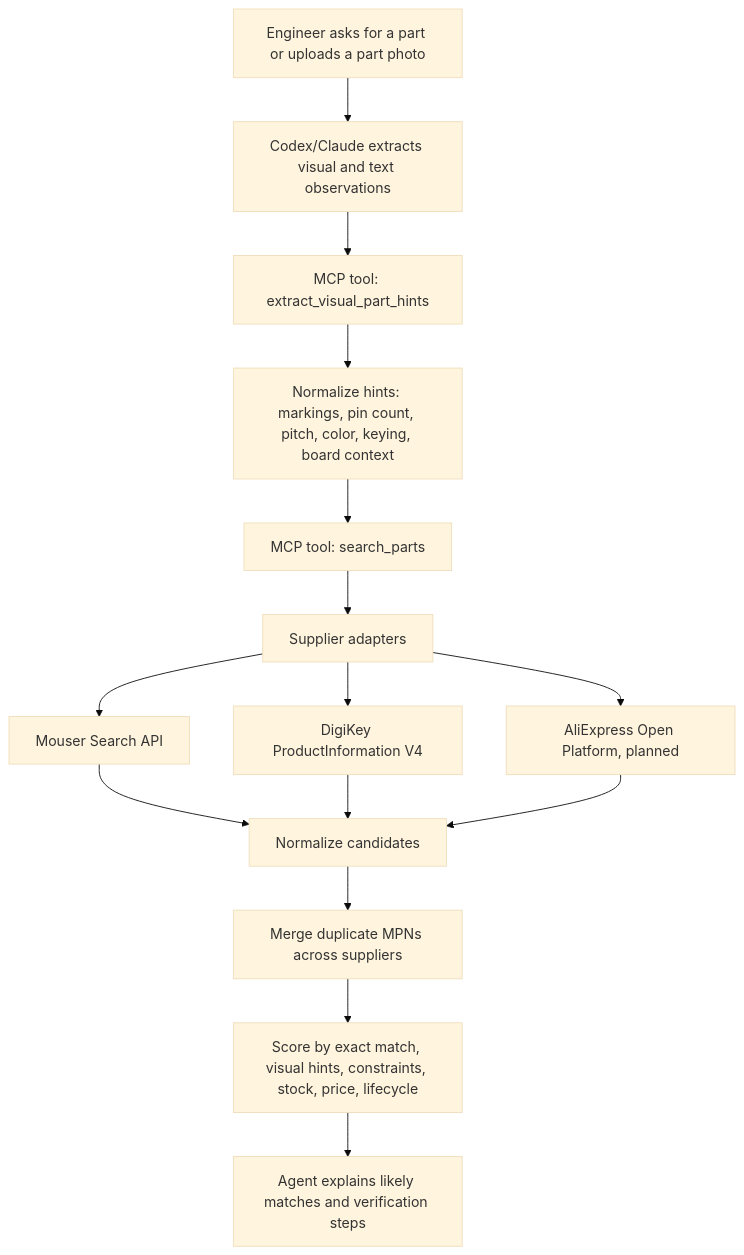
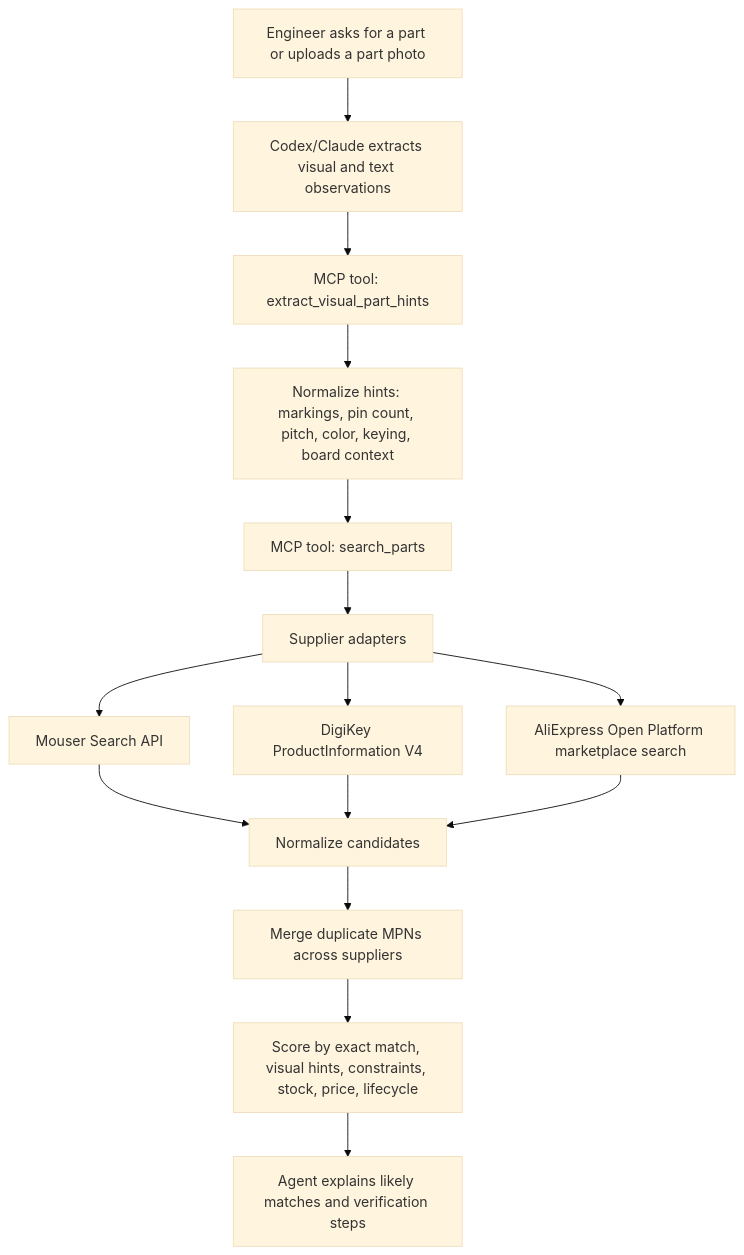
One commit to googoles/electronic-parts-finder-mcp changed the diagram in README.md. Above: the diagram before and after it, drawn with Mermaid (base theme). The commit also changed other lines of this file and 8 other files, not shown here.

Commit message:
Add AliExpress marketplace search adapter

````diff
--- a/README.md
+++ b/README.md
@@ -34,17 +34,17 @@
 ```mermaid
 flowchart TD
   A["Engineer asks for a part or uploads a part photo"] --> B["Codex/Claude extracts visual and text observations"]
   B --> C["MCP tool: extract_visual_part_hints"]
   C --> D["Normalize hints: markings, pin count, pitch, color, keying, board context"]
   D --> E["MCP tool: search_parts"]
   E --> F["Supplier adapters"]
   F --> G["Mouser Search API"]
   F --> H["DigiKey ProductInformation V4"]
-  F --> I["AliExpress Open Platform, planned"]
+  F --> I["AliExpress Open Platform marketplace search"]
   G --> J["Normalize candidates"]
   H --> J
   I --> J
   J --> K["Merge duplicate MPNs across suppliers"]
   K --> M["Score by exact match, visual hints, constraints, stock, price, lifecycle"]
   M --> L["Agent explains likely matches and verification steps"]
 ```
````
